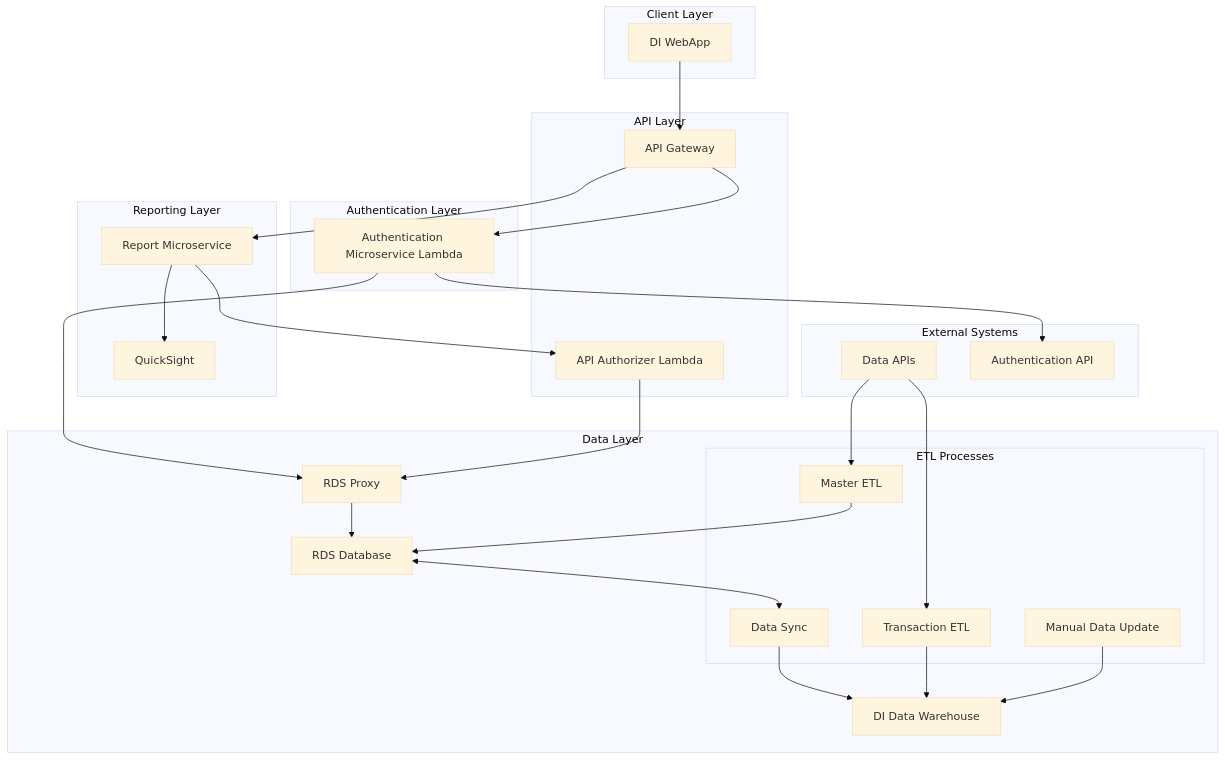
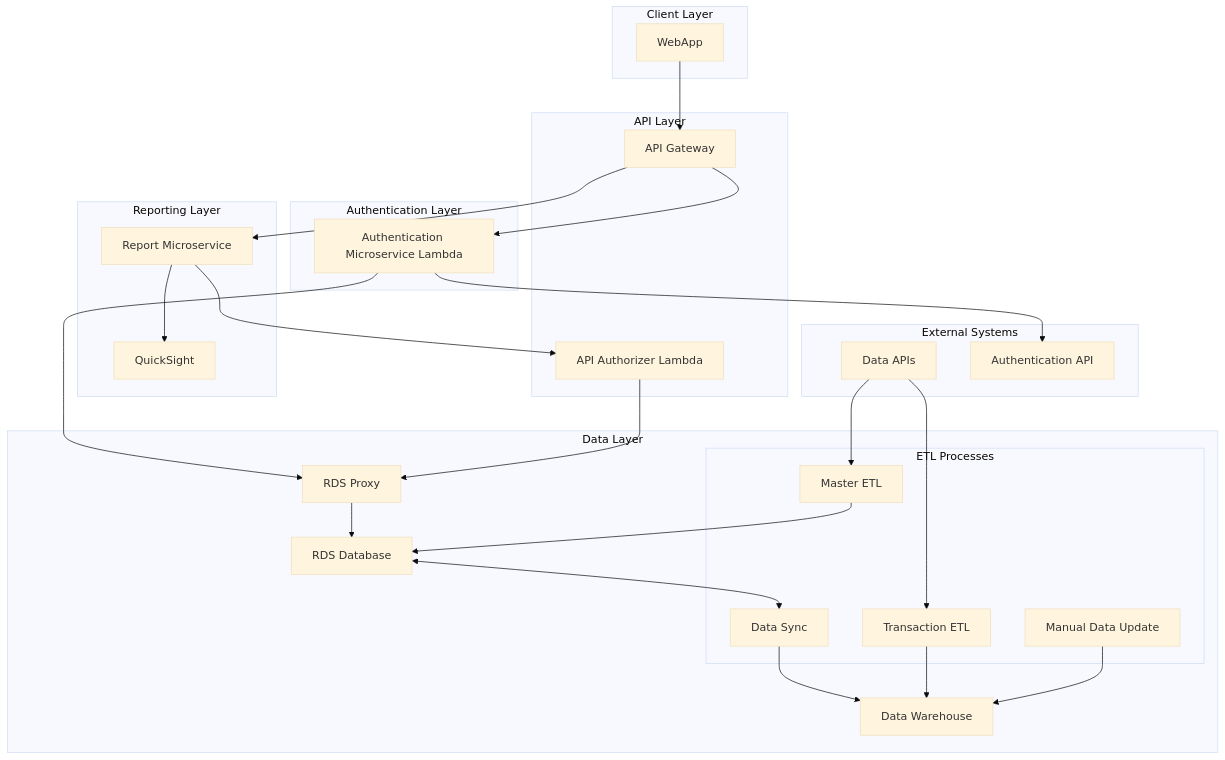
The first of 3 diagrams in Detailed.md (hugger-beep/private1), drawn with Mermaid (base theme) before and after one commit. The commit also changed other lines of this file, not shown here.

````diff
--- a/Detailed.md
+++ b/Detailed.md
@@ -3,60 +3,60 @@
 ```mermaid
 graph TD
     subgraph "Client Layer"
-        DIWebApp[DI WebApp]
+        DIWebApp[WebApp]
     end
     
     subgraph "API Layer"
         APIGateway[API Gateway]
         APIAuth[API Authorizer Lambda]
     end
     
     subgraph "Authentication Layer"
         AuthMicro[Authentication Microservice Lambda]
     end
     
     subgraph "Reporting Layer"
         ReportMicro[Report Microservice]
         QS[QuickSight]
     end
     
     subgraph "Data Layer"
         RDSProxy[RDS Proxy]
         RDS[RDS Database]
-        DW[DI Data Warehouse]
+        DW[Data Warehouse]
         
         subgraph "ETL Processes"
             TransETL[Transaction ETL]
             MasterETL[Master ETL]
             SecureSync[Data Sync]
             ManualUpdate[Manual Data Update]
         end
     end
     
     subgraph "External Systems"
         XACTDataAPI[Data APIs]
         XACIAuth[Authentication API]
     end
     
     DIWebApp --> APIGateway
     
     APIGateway --> AuthMicro
     APIGateway --> ReportMicro
     
     AuthMicro --> XACIAuth
     AuthMicro --> RDSProxy
     APIAuth --> RDSProxy
     
     ReportMicro --> QS
     ReportMicro --> APIAuth
     
     RDSProxy --> RDS
     RDS <--> SecureSync
     SecureSync --> DW
     TransETL --> DW
     MasterETL --> RDS
     ManualUpdate --> DW
     
     XACTDataAPI --> TransETL
     XACTDataAPI --> MasterETL
 ```
````
